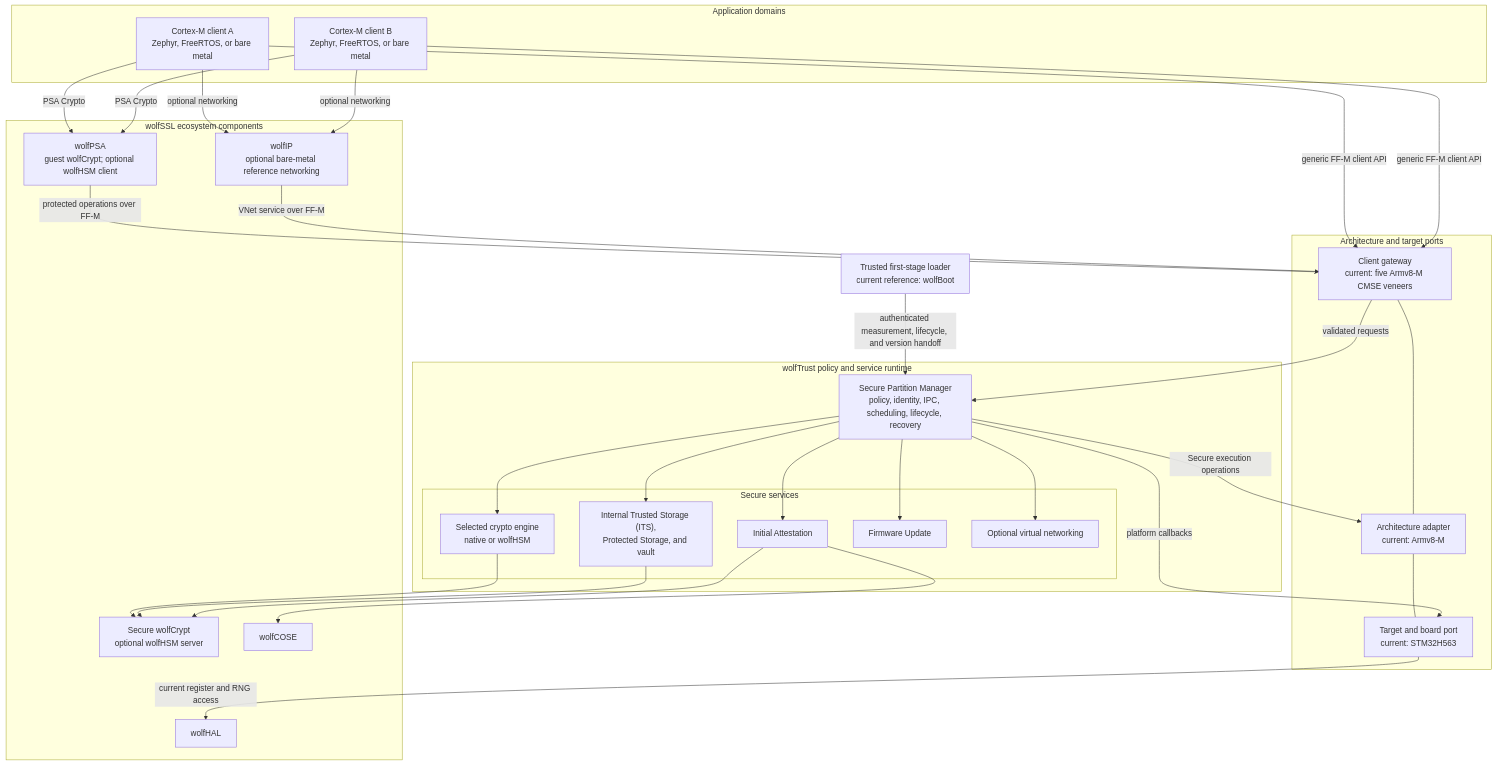
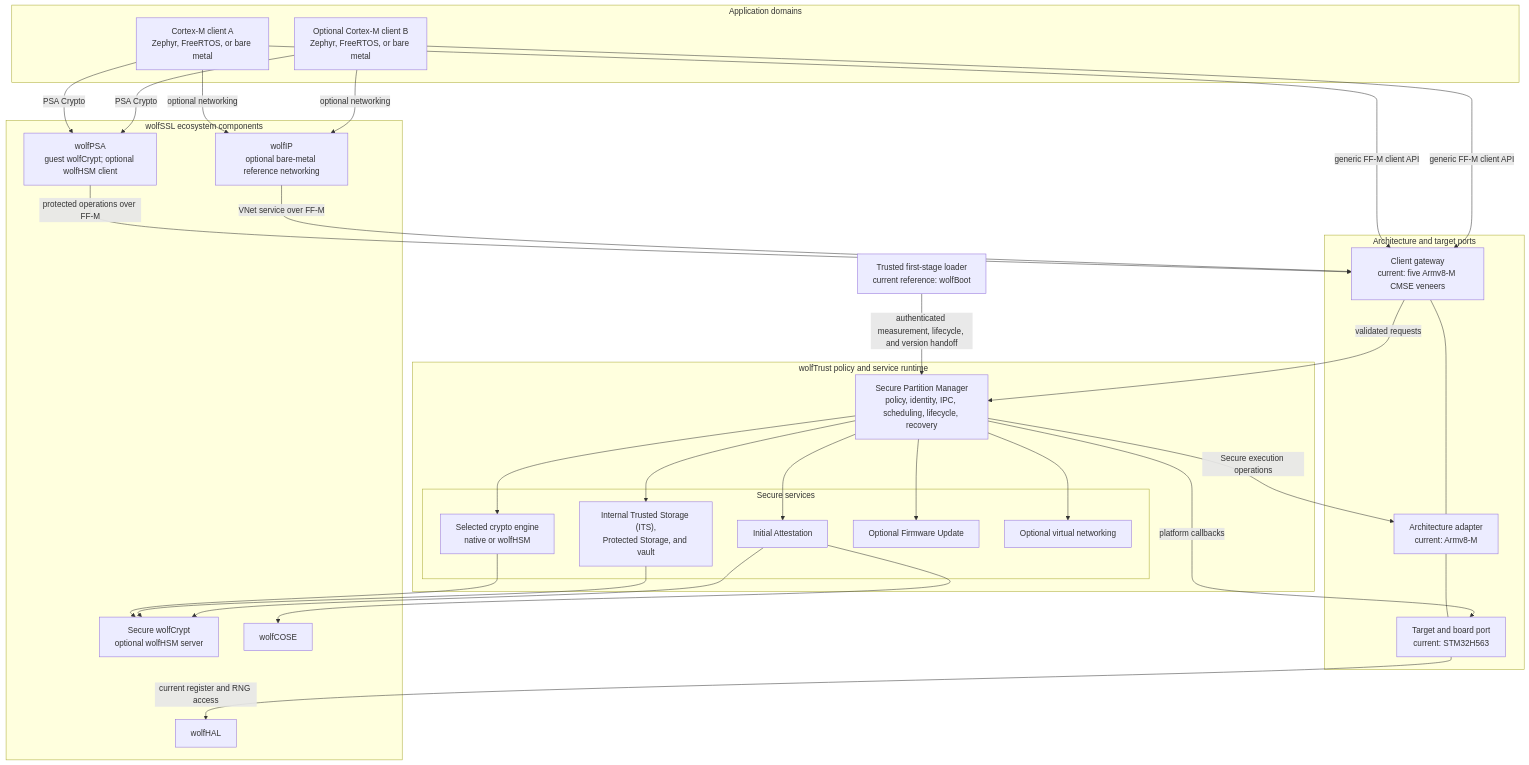
The diagram in docs/Home.md (wolfSSL/wolfTrust), drawn with Mermaid before and after one commit. The commit also changed other lines of this file and 11 other files, not shown here.

````diff
--- a/docs/Home.md
+++ b/docs/Home.md
@@ -20,59 +20,59 @@
 ```mermaid
 flowchart TB
     BOOT[Trusted first-stage loader<br/>current reference: wolfBoot]
 
     subgraph APP[Application domains]
         GA[Cortex-M client A<br/>Zephyr, FreeRTOS, or bare metal]
-        GB[Cortex-M client B<br/>Zephyr, FreeRTOS, or bare metal]
+        GB[Optional Cortex-M client B<br/>Zephyr, FreeRTOS, or bare metal]
     end
 
     subgraph PORT[Architecture and target ports]
         GW[Client gateway<br/>current: five Armv8-M CMSE veneers]
         ARCH[Architecture adapter<br/>current: Armv8-M]
         TARGET[Target and board port<br/>current: STM32H563]
         GW --- ARCH
         ARCH --- TARGET
     end
 
     subgraph WT[wolfTrust policy and service runtime]
         SPM[Secure Partition Manager<br/>policy, identity, IPC, scheduling, lifecycle, recovery]
         subgraph SP[Secure services]
             CR["Selected crypto engine<br/>native or wolfHSM"]
             ST["Internal Trusted Storage (ITS),<br/>Protected Storage, and vault"]
             AT[Initial Attestation]
-            FW[Firmware Update]
+            FW[Optional Firmware Update]
             VN[Optional virtual networking]
         end
         SPM --> CR
         SPM --> ST
         SPM --> AT
         SPM --> FW
         SPM --> VN
     end
 
     subgraph LIBS[wolfSSL ecosystem components]
         PSA[wolfPSA<br/>guest wolfCrypt; optional wolfHSM client]
         WC[Secure wolfCrypt<br/>optional wolfHSM server]
         COSE[wolfCOSE]
         HAL[wolfHAL]
         IP[wolfIP<br/>optional bare-metal reference networking]
     end
 
     BOOT -->|authenticated measurement, lifecycle, and version handoff| SPM
     GA -->|generic FF-M client API| GW
     GB -->|generic FF-M client API| GW
     GA -->|PSA Crypto| PSA
     GB -->|PSA Crypto| PSA
     PSA -->|protected operations over FF-M| GW
     GA -->|optional networking| IP
     GB -->|optional networking| IP
     IP -->|VNet service over FF-M| GW
     GW -->|validated requests| SPM
     SPM -->|Secure execution operations| ARCH
     SPM -->|platform callbacks| TARGET
     CR --> WC
     ST --> WC
     AT --> COSE
     AT --> WC
     TARGET -->|current register and RNG access| HAL
 ```
````
